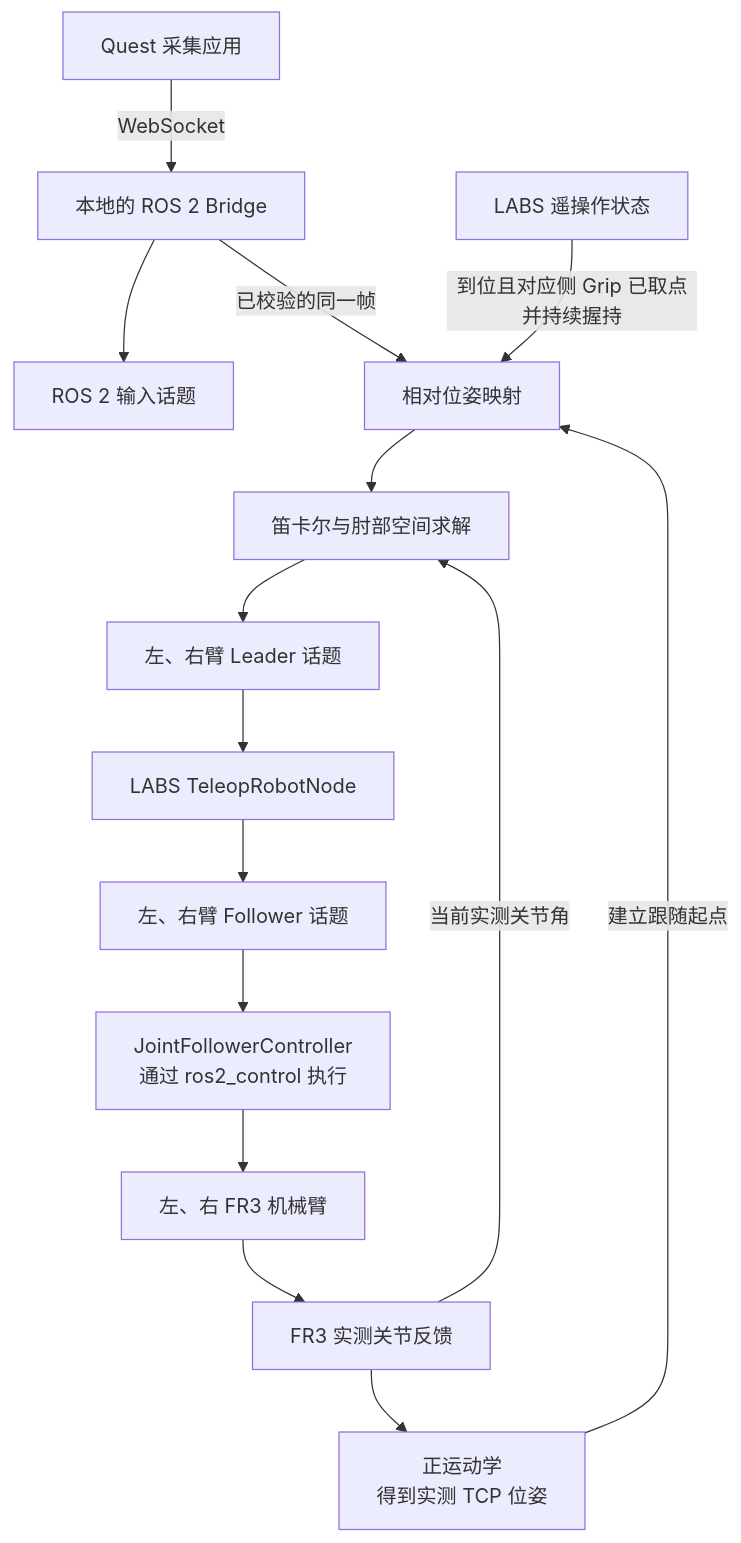
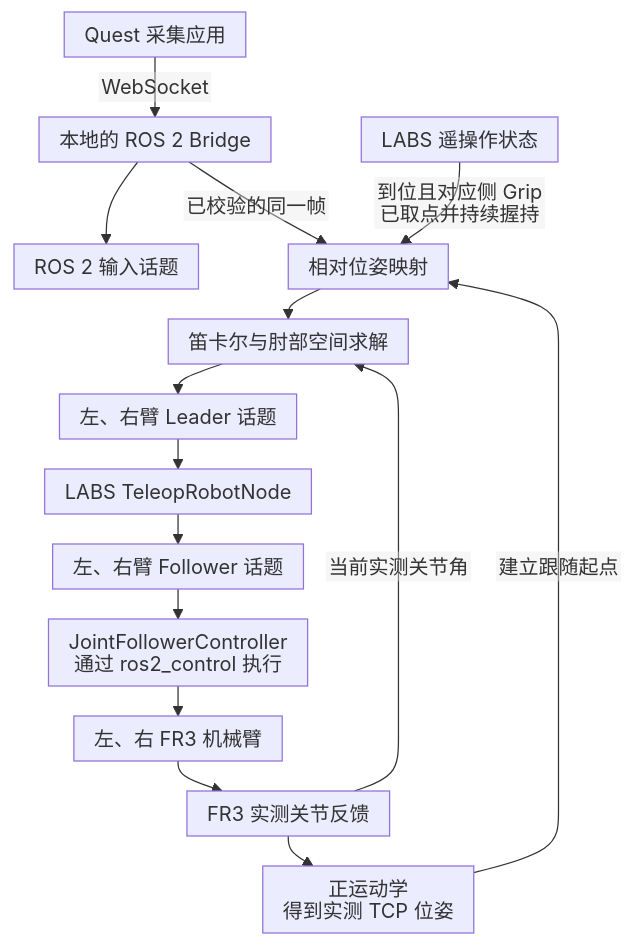
One commit to YYxzz8866/Quest-Proposal changed the first of 2 diagrams in 1、整体架构及开发范围.md. Above: the diagram before and after it, drawn with Mermaid. The commit also changed other lines of this file and 9 other files, not shown here.

````diff
--- a/1、整体架构及开发范围.md
+++ b/1、整体架构及开发范围.md
@@ -49,31 +49,32 @@
 ```mermaid
+%%{init: {"htmlLabels": false, "flowchart": {"htmlLabels": false, "useMaxWidth": true, "nodeSpacing": 16, "rankSpacing": 24, "padding": 8}}}%%
 flowchart TD
     Quest["Quest 采集应用"]
     Bridge["本地的 ROS 2 Bridge"]
     Observe["ROS 2 输入话题"]
     State["LABS 遥操作状态"]
     Follow["相对位姿映射"]
     Solve["笛卡尔与肘部空间求解"]
     Leader["左、右臂 Leader 话题"]
     Relay["LABS TeleopRobotNode"]
     Follower["左、右臂 Follower 话题"]
     Controller["JointFollowerController<br/>通过 ros2_control 执行"]
     Robot["左、右 FR3 机械臂"]
     Feedback["FR3 实测关节反馈"]
     FK["正运动学<br/>得到实测 TCP 位姿"]
 
     Quest -->|WebSocket| Bridge
     Bridge --> Observe
     Bridge -->|已校验的同一帧| Follow
-    State -->|到位且对应侧 Grip 已取点并持续握持| Follow
+    State -->|"到位且对应侧 Grip<br/>已取点并持续握持"| Follow
     Follow --> Solve
     Solve --> Leader
     Leader --> Relay
     Relay --> Follower
     Follower --> Controller
     Controller --> Robot
     Robot --> Feedback
     Feedback -->|当前实测关节角| Solve
     Feedback --> FK
     FK -->|建立跟随起点| Follow
 ```
````
